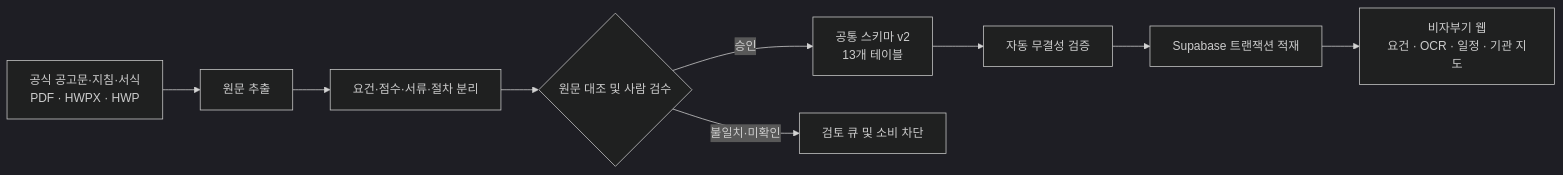
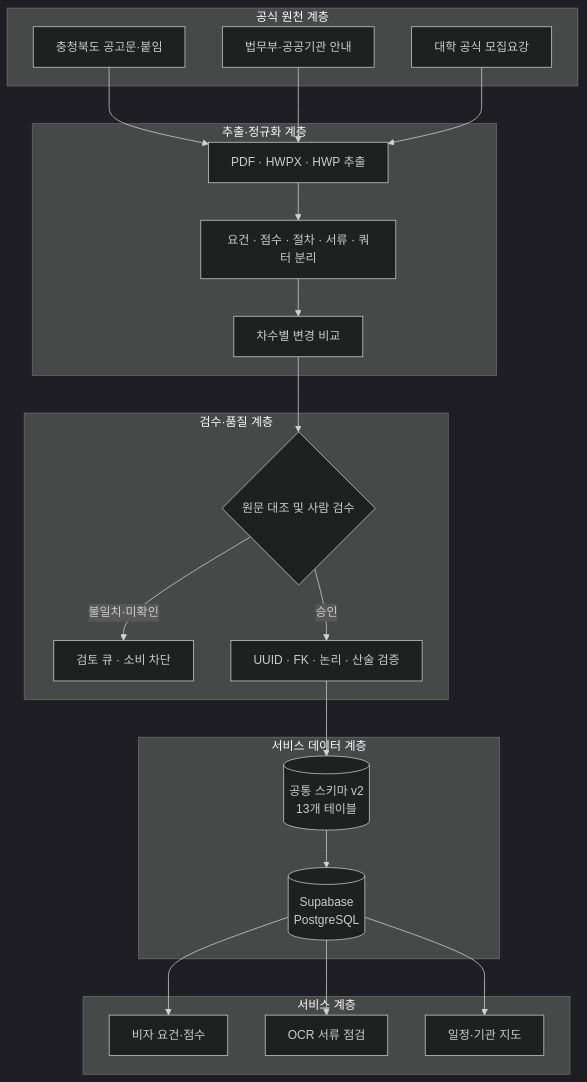
One commit to team-hansori/visa-data changed the diagram in README.md. Above: the diagram before and after it, drawn with Mermaid (dark theme). The commit also changed other lines of this file, not shown here.

Commit message:
docs: README 핵심 가치와 아키텍처 보강

````diff
--- a/README.md
+++ b/README.md
@@ -64,11 +102,38 @@
 ```mermaid
-flowchart LR
-    A[공식 공고문·지침·서식<br/>PDF · HWPX · HWP] --> B[원문 추출]
-    B --> C[요건·점수·서류·절차 분리]
-    C --> D{원문 대조 및 사람 검수}
-    D -->|승인| E[공통 스키마 v2<br/>13개 테이블]
-    D -->|불일치·미확인| F[검토 큐 및 소비 차단]
-    E --> G[자동 무결성 검증]
-    G --> H[Supabase 트랜잭션 적재]
-    H --> I[비자부기 웹<br/>요건 · OCR · 일정 · 기관 지도]
+flowchart TB
+    subgraph SOURCES[공식 원천 계층]
+        A1[충청북도 공고문·붙임]
+        A2[법무부·공공기관 안내]
+        A3[대학 공식 모집요강]
+    end
+
+    subgraph PIPELINE[추출·정규화 계층]
+        B1[PDF · HWPX · HWP 추출]
+        B2[요건 · 점수 · 절차 · 서류 · 쿼터 분리]
+        B3[차수별 변경 비교]
+    end
+
+    subgraph QUALITY[검수·품질 계층]
+        C1{원문 대조 및 사람 검수}
+        C2[검토 큐 · 소비 차단]
+        C3[UUID · FK · 논리 · 산술 검증]
+    end
+
+    subgraph DATA[서비스 데이터 계층]
+        D1[(공통 스키마 v2<br/>13개 테이블)]
+        D2[(Supabase<br/>PostgreSQL)]
+    end
+
+    subgraph SERVICE[서비스 계층]
+        E1[비자 요건·점수]
+        E2[OCR 서류 점검]
+        E3[일정·기관 지도]
+    end
+
+    A1 & A2 & A3 --> B1
+    B1 --> B2 --> B3 --> C1
+    C1 -->|불일치·미확인| C2
+    C1 -->|승인| C3
+    C3 --> D1 --> D2
+    D2 --> E1 & E2 & E3
 ```
````
